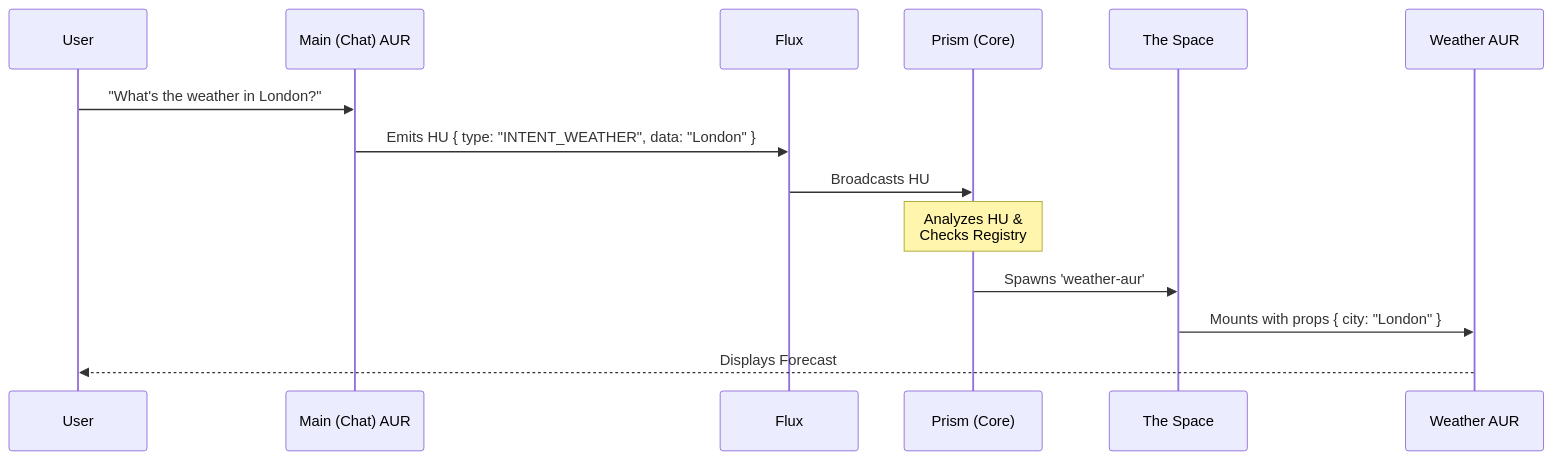
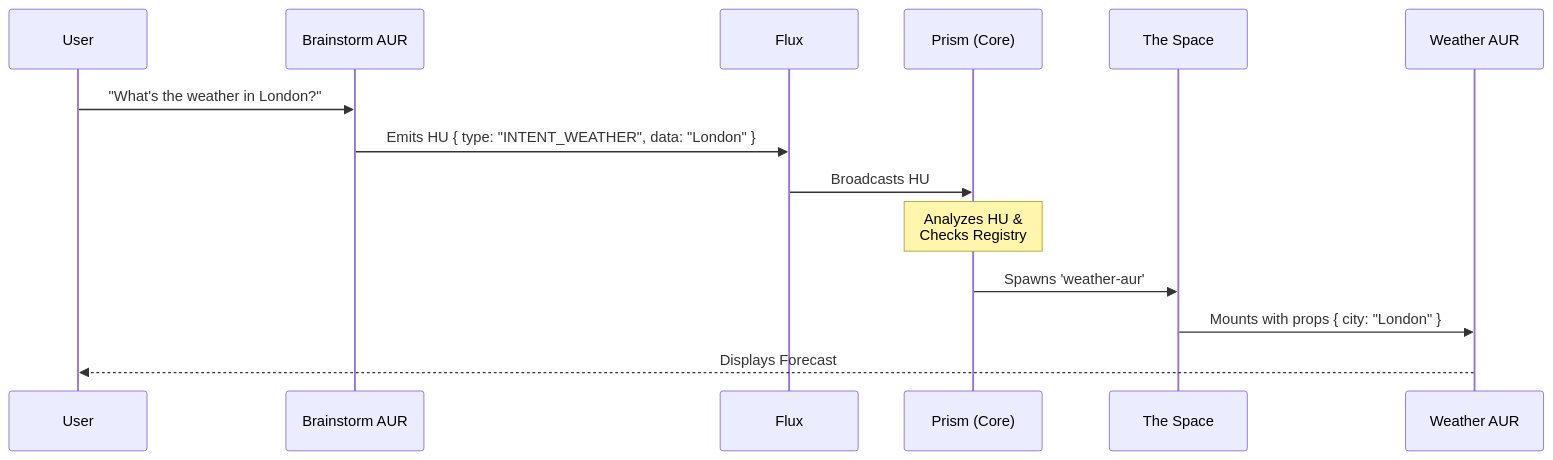
One commit to bahadiri/Aura changed the diagram in documents/Developer-Guide.md. Above: the diagram before and after it, drawn with Mermaid. The commit also changed other lines of this file and 1 other file, not shown here.

Commit message:
docs: use user circle icon and replace MainAUR with BrainstormAUR

````diff
--- a/documents/Developer-Guide.md
+++ b/documents/Developer-Guide.md
@@ -28,17 +28,17 @@
 ```mermaid
 sequenceDiagram
     participant User
-    participant Main as Main (Chat) AUR
+    participant Brainstorm as Brainstorm AUR
     participant Flux as Flux
     participant Prism as Prism (Core)
     participant Space as The Space
     participant Weather as Weather AUR
 
-    User->>Main: "What's the weather in London?"
-    Main->>Flux: Emits HU { type: "INTENT_WEATHER", data: "London" }
+    User->>Brainstorm: "What's the weather in London?"
+    Brainstorm->>Flux: Emits HU { type: "INTENT_WEATHER", data: "London" }
     Flux->>Prism: Broadcasts HU
     Note over Prism: Analyzes HU &<br/>Checks Registry
     Prism->>Space: Spawns 'weather-aur'
     Space->>Weather: Mounts with props { city: "London" }
     Weather-->>User: Displays Forecast
 ```
````
